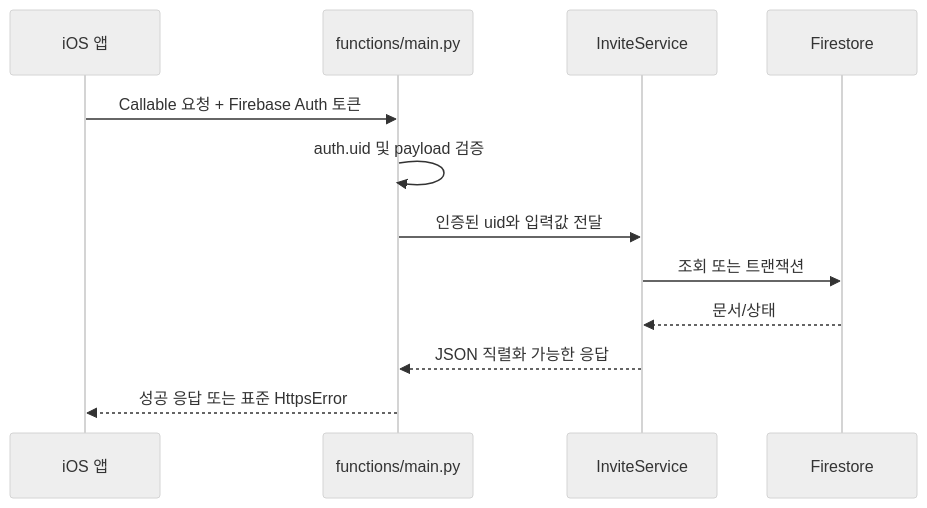
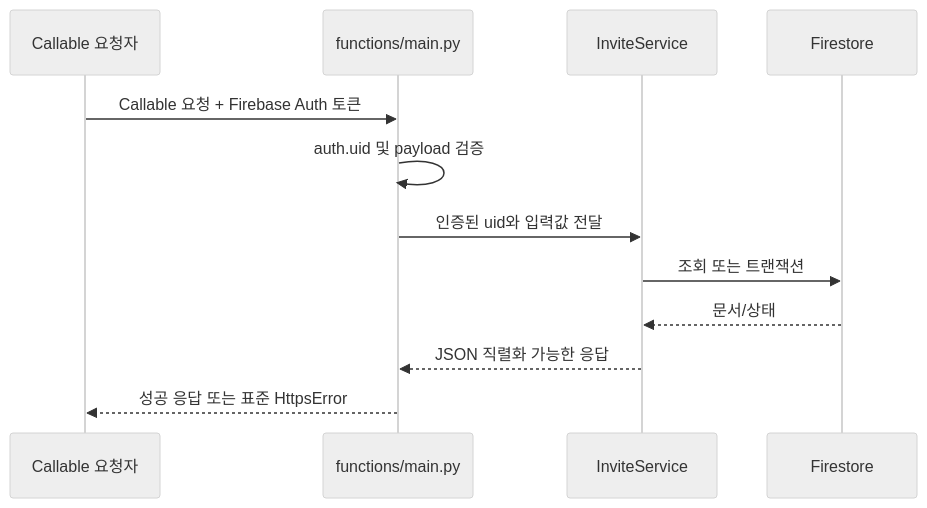
The diagram in functions/README.md (boostcampwm2025/iOS01-Hmm), drawn with Mermaid (neutral theme) before and after one commit. The commit also changed other lines of this file, not shown here.

````diff
--- a/functions/README.md
+++ b/functions/README.md
@@ -55,15 +45,15 @@
 ```mermaid
 sequenceDiagram
-    participant App as iOS 앱
+    participant Caller as Callable 요청자
     participant Fn as functions/main.py
     participant Svc as InviteService
     participant DB as Firestore
 
-    App->>Fn: Callable 요청 + Firebase Auth 토큰
+    Caller->>Fn: Callable 요청 + Firebase Auth 토큰
     Fn->>Fn: auth.uid 및 payload 검증
     Fn->>Svc: 인증된 uid와 입력값 전달
     Svc->>DB: 조회 또는 트랜잭션
     DB-->>Svc: 문서/상태
     Svc-->>Fn: JSON 직렬화 가능한 응답
-    Fn-->>App: 성공 응답 또는 표준 HttpsError
+    Fn-->>Caller: 성공 응답 또는 표준 HttpsError
 ```
````
